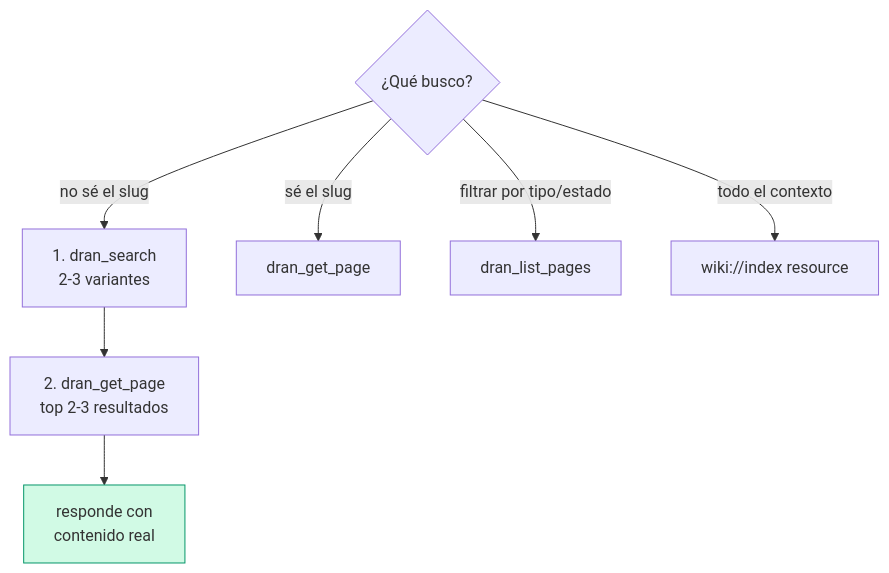
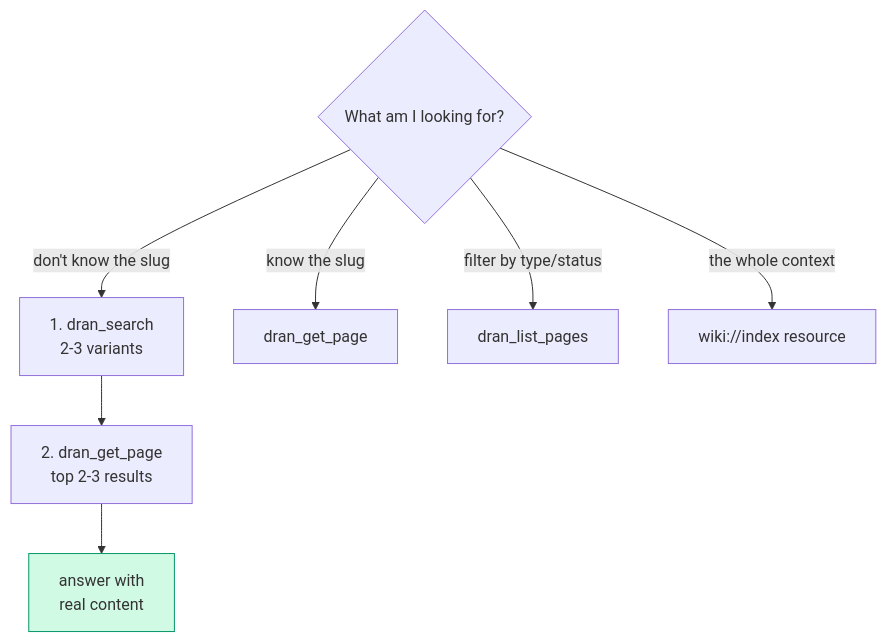
The seventh of 7 diagrams in skills/dran/SKILL.md (alvarolizama/dran), drawn with Mermaid before and after one commit. The commit also changed other lines of this file and 11 other files, not shown here.

Commit message:
feat: traducir skills de dran al inglés (9 flows + dran + references)

````diff
--- a/skills/dran/SKILL.md
+++ b/skills/dran/SKILL.md
@@ -463,11 +465,11 @@
 ```mermaid
 flowchart TD
-  Q{¿Qué busco?} -->|"no sé el slug"| S["1. dran_search\n2-3 variantes"]
-  Q -->|"sé el slug"| G[dran_get_page]
-  Q -->|"filtrar por tipo/estado"| L[dran_list_pages]
-  Q -->|"todo el contexto"| W[wiki://index resource]
-  S --> G2["2. dran_get_page\ntop 2-3 resultados"]
-  G2 --> ANS["responde con\ncontenido real"]
+  Q{What am I looking for?} -->|"don't know the slug"| S["1. dran_search\n2-3 variants"]
+  Q -->|"know the slug"| G[dran_get_page]
+  Q -->|"filter by type/status"| L[dran_list_pages]
+  Q -->|"the whole context"| W[wiki://index resource]
+  S --> G2["2. dran_get_page\ntop 2-3 results"]
+  G2 --> ANS["answer with\nreal content"]
 
   style ANS fill:#d1fae5,stroke:#059669
 ```
````
